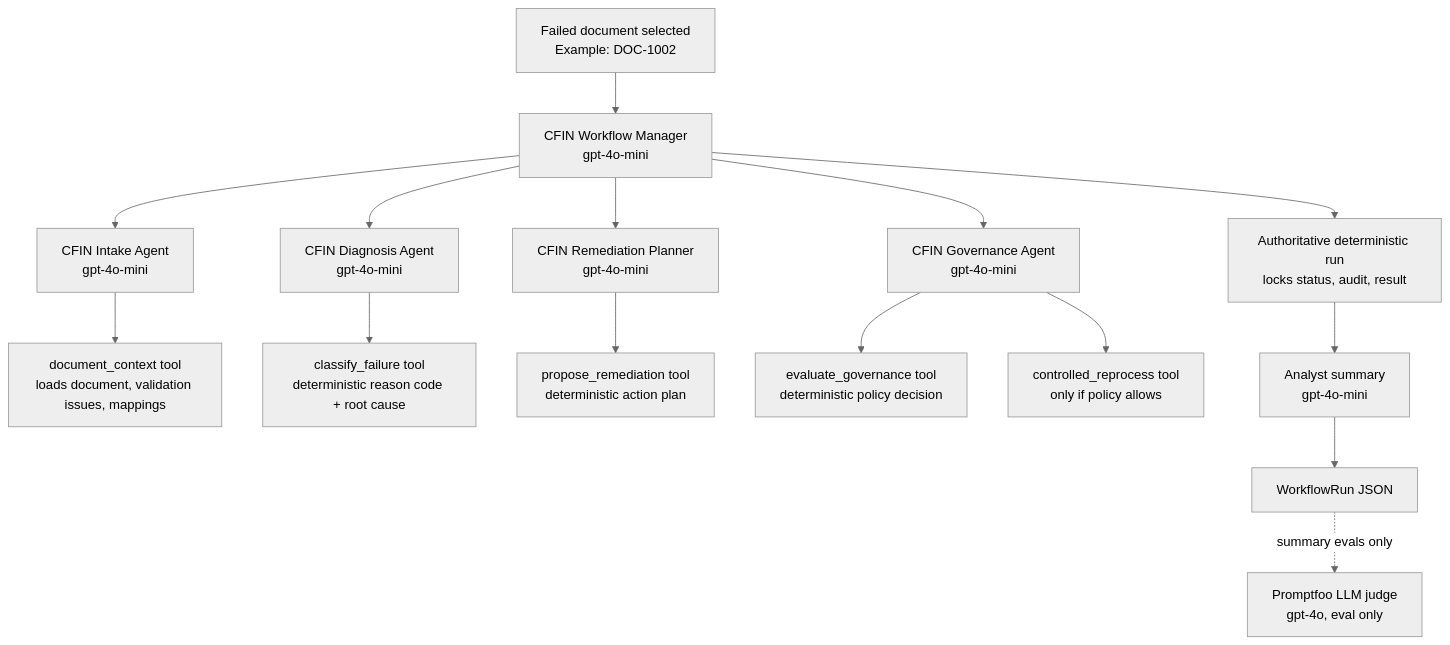
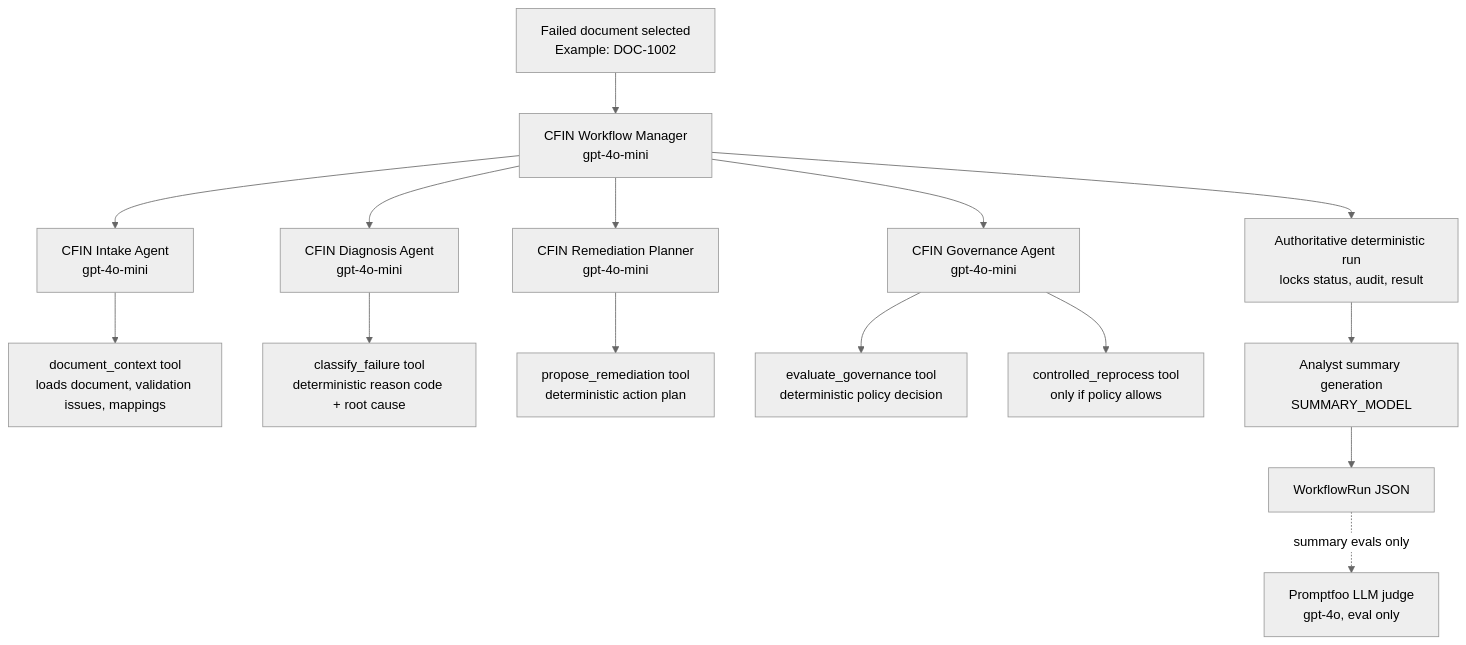
One commit to abanerjee23/finhub changed the diagram in README.md. Above: the diagram before and after it, drawn with Mermaid (neutral theme). The commit also changed other lines of this file and 8 other files, not shown here.

````diff
--- a/README.md
+++ b/README.md
@@ -77,29 +93,29 @@
 ```mermaid
 flowchart TB
     DOC[Failed document selected<br/>Example: DOC-1002]
     MGR[CFIN Workflow Manager<br/>gpt-4o-mini]
     INT[CFIN Intake Agent<br/>gpt-4o-mini]
     DIAG[CFIN Diagnosis Agent<br/>gpt-4o-mini]
     PLAN[CFIN Remediation Planner<br/>gpt-4o-mini]
     GOV[CFIN Governance Agent<br/>gpt-4o-mini]
 
     CTX[document_context tool<br/>loads document, validation issues, mappings]
     CLASSIFY[classify_failure tool<br/>deterministic reason code + root cause]
     REMEDIATE[propose_remediation tool<br/>deterministic action plan]
     POLICY[evaluate_governance tool<br/>deterministic policy decision]
     REPROCESS[controlled_reprocess tool<br/>only if policy allows]
 
     FINAL[Authoritative deterministic run<br/>locks status, audit, result]
-    SUMMARY[Analyst summary<br/>gpt-4o-mini]
+    SUMMARY[Analyst summary generation<br/>SUMMARY_MODEL]
     OUTPUT[WorkflowRun JSON]
     JUDGE[Promptfoo LLM judge<br/>gpt-4o, eval only]
 
     DOC --> MGR
     MGR --> INT --> CTX
     MGR --> DIAG --> CLASSIFY
     MGR --> PLAN --> REMEDIATE
     MGR --> GOV --> POLICY
     GOV --> REPROCESS
     MGR --> FINAL --> SUMMARY --> OUTPUT
     OUTPUT -. summary evals only .-> JUDGE
 ```
````
